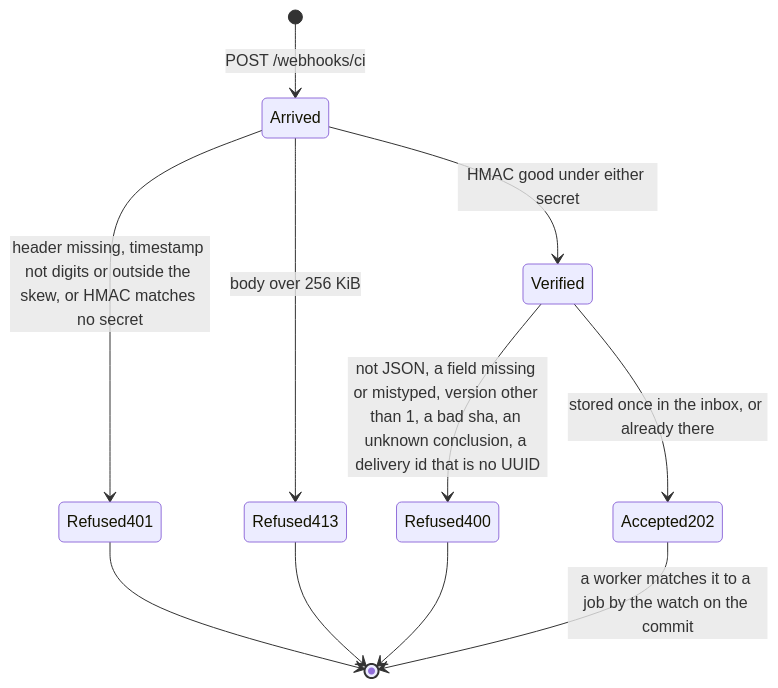
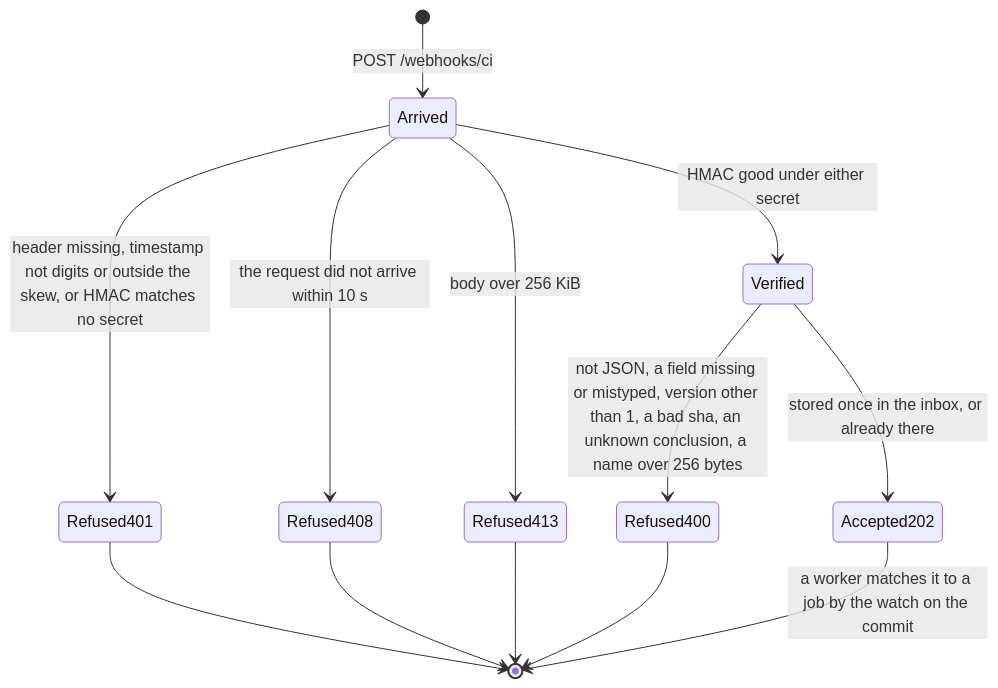
The sixth of 23 diagrams in docs/orchestrator.md (vymalo/another-agentic-system), drawn with Mermaid before and after one commit. The commit also changed other lines of this file and 76 other files, not shown here.

````diff
--- a/docs/orchestrator.md
+++ b/docs/orchestrator.md
@@ -399,13 +399,15 @@
 ```mermaid
 stateDiagram-v2
   [*] --> Arrived: POST /webhooks/ci
   Arrived --> Refused401: header missing, timestamp not digits or outside the skew, or HMAC matches no secret
+  Arrived --> Refused408: the request did not arrive within 10 s
   Arrived --> Refused413: body over 256 KiB
   Arrived --> Verified: HMAC good under either secret
-  Verified --> Refused400: not JSON, a field missing or mistyped, version other than 1, a bad sha, an unknown conclusion, a delivery id that is no UUID
+  Verified --> Refused400: not JSON, a field missing or mistyped, version other than 1, a bad sha, an unknown conclusion, a name over 256 bytes
   Verified --> Accepted202: stored once in the inbox, or already there
   Refused401 --> [*]
+  Refused408 --> [*]
   Refused413 --> [*]
   Refused400 --> [*]
   Accepted202 --> [*]: a worker matches it to a job by the watch on the commit
 ```
````
